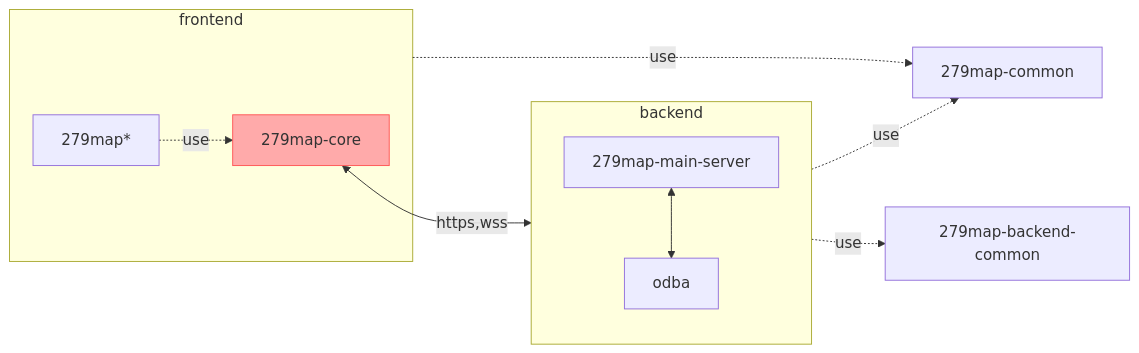
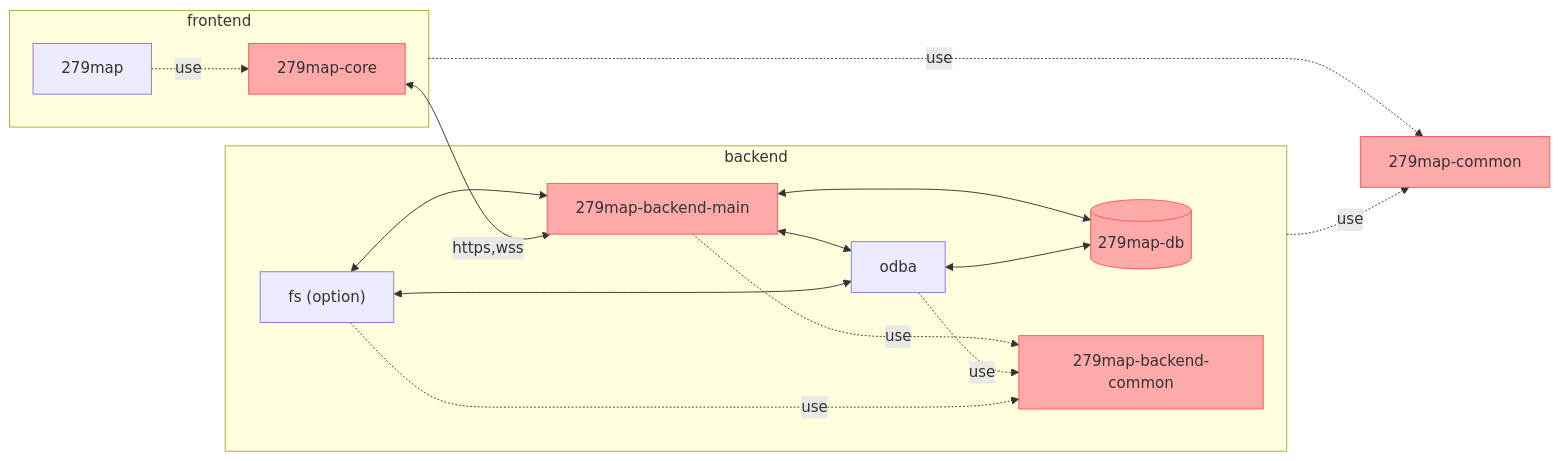
One commit to satocheeen/279map changed the diagram in README.md. Above: the diagram before and after it, drawn with Mermaid. The commit also changed other lines of this file and 7 other files, not shown here.

Commit message:
地図公開範囲列をDBに追加

````diff
--- a/README.md
+++ b/README.md
@@ -7,17 +4,29 @@
 ```mermaid
 flowchart LR
 	279map-common
 	subgraph frontend
 		279map-core
-		279map[279map*] -. use .-> 279map-core
+		279map -. use .-> 279map-core
 	end
 	subgraph backend
-		direction TB
-		279map-main-server <--> odba
-    end
+		db[("279map-db")]
+		279map-backend-common
+		279map-backend-main <--> odba
+		279map-backend-main <--> db
+		odba <--> db
+		fs["fs (option)"] <--> 279map-backend-main
+		fs <--> odba
+		279map-backend-main -. use .-> 279map-backend-common
+		odba -. use .-> 279map-backend-common
+		fs -. use .-> 279map-backend-common
+	end
 	frontend -. use .-> 279map-common
 	backend -. use .-> 279map-common
-	backend -. use .-> 279map-backend-common
-    279map-core <-- https,wss --> 279map-main-server
+	279map-core <-- https,wss --> 279map-backend-main
+
     style 279map-core fill:#faa, stroke:#f55
+    style 279map-backend-main fill:#faa, stroke:#f55
+    style 279map-common fill:#faa, stroke:#f55
+    style 279map-backend-common fill:#faa, stroke:#f55
+    style db fill:#faa, stroke:#f55
 ```
````
